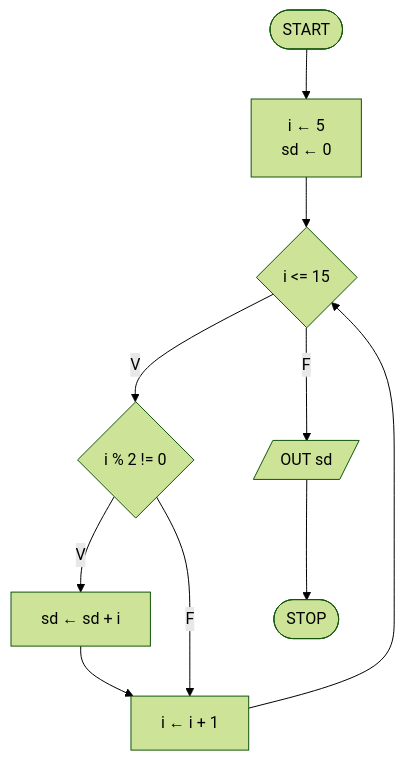
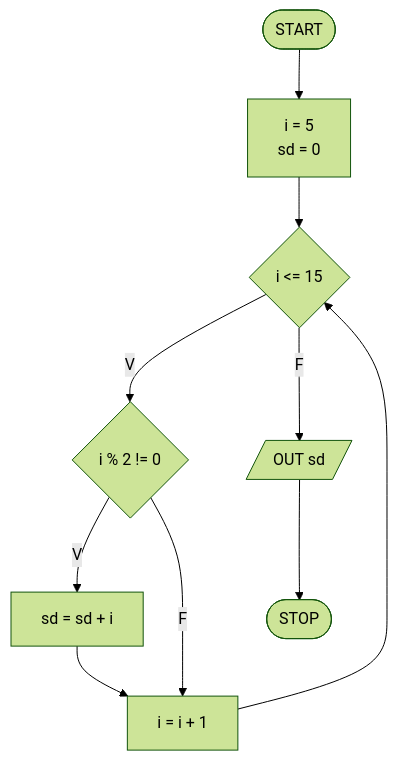
Diagram 20 of 28 in flowcharts_soluzioni.md (pg-laboratorio/flowcharts_laboratorio_esercizi), drawn with Mermaid (forest theme) before and after one commit. The commit also changed other lines of this file, not shown here.

````diff
--- a/flowcharts_soluzioni.md
+++ b/flowcharts_soluzioni.md
@@ -449,12 +449,12 @@
 ```mermaid
 graph TD
-    START([START]) --> INIT["i ← 5<br>sd ← 0"]
+    START([START]) --> INIT["i = 5<br>sd = 0"]
     INIT --> COND{"i <= 15"}
     COND -- V --> CHK{"i % 2 != 0"}
-    CHK -- V --> PROC["sd ← sd + i"]
-    CHK -- F --> INC["i ← i + 1"]
+    CHK -- V --> PROC["sd = sd + i"]
+    CHK -- F --> INC["i = i + 1"]
     PROC --> INC
     INC --> COND
     COND -- F --> OUTPUT[/"OUT sd"/]
     OUTPUT --> STOP([STOP])
 ```
````
